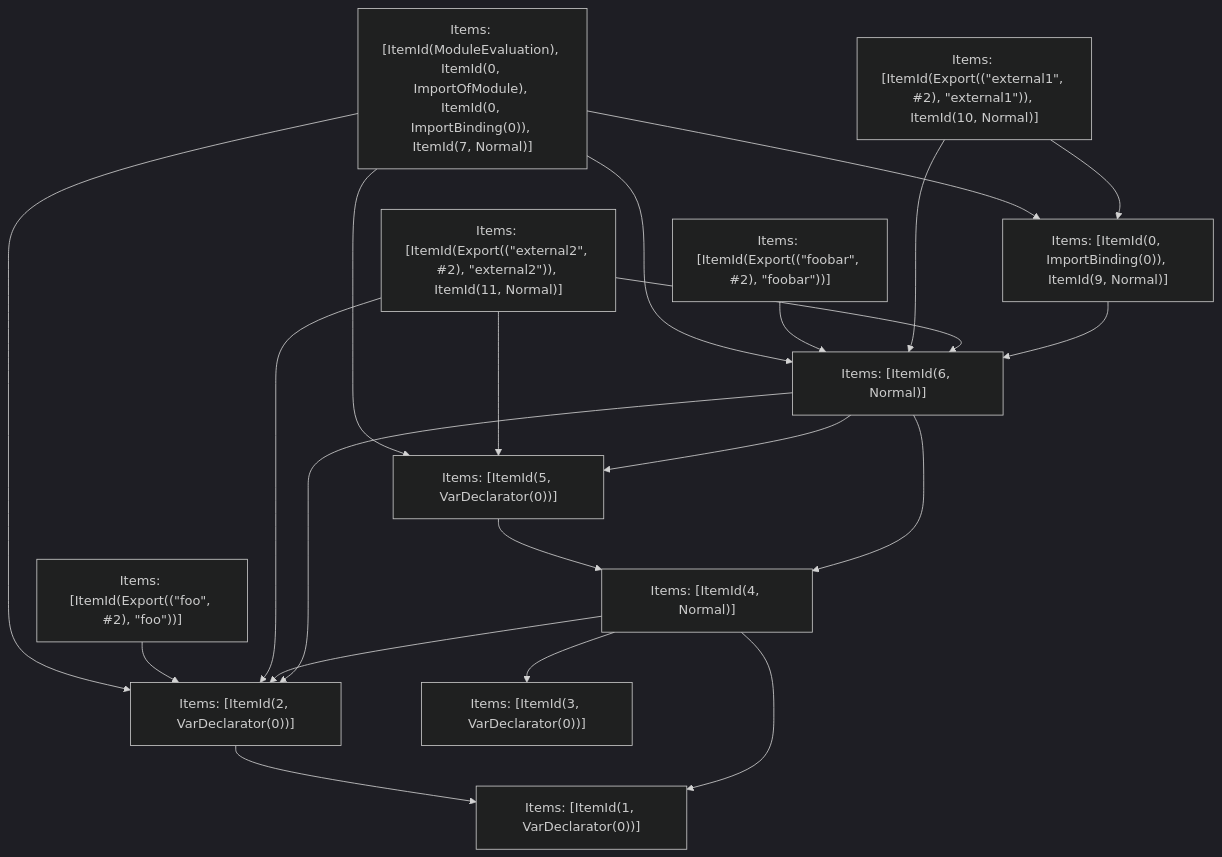
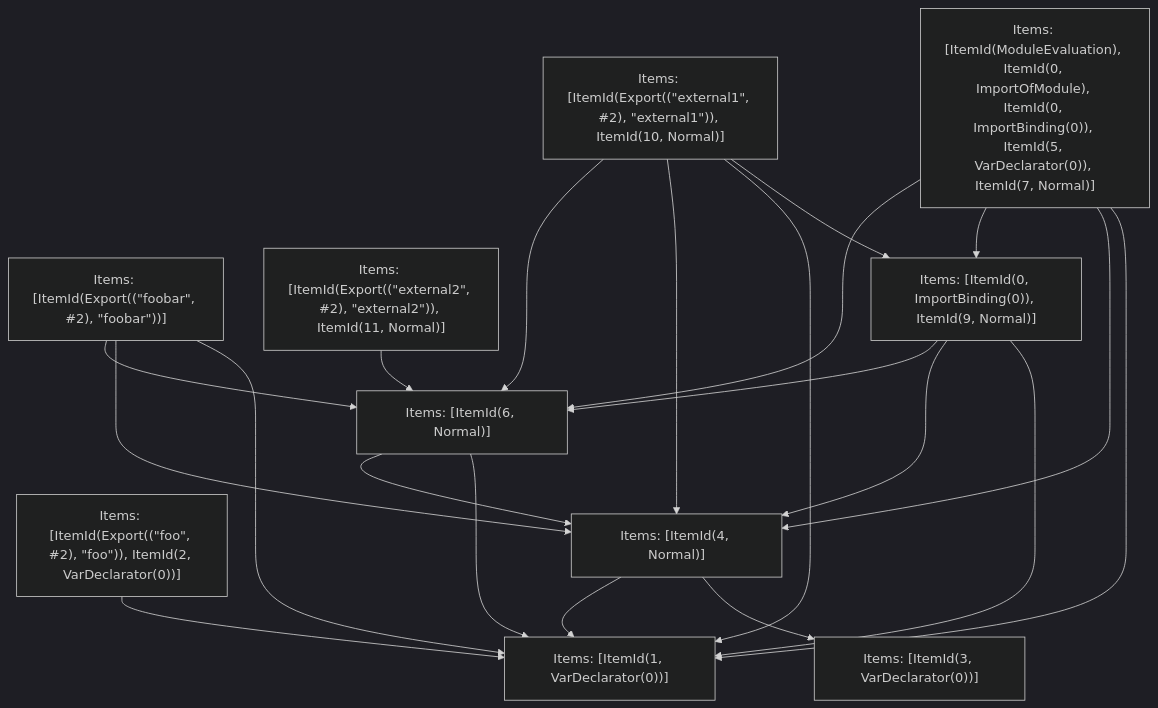
Before and after one commit to vercel/turborepo: the fifth of 5 diagrams in crates/turbopack-ecmascript/tests/tree-shaker/analyzer/1/output.md, drawn with Mermaid (dark theme). The commit also changed other lines of this file and 20 other files, not shown here.

````diff
--- a/crates/turbopack-ecmascript/tests/tree-shaker/analyzer/1/output.md
+++ b/crates/turbopack-ecmascript/tests/tree-shaker/analyzer/1/output.md
@@ -326,35 +344,33 @@
 ```mermaid
 graph TD
-    N0["Items: [ItemId(ModuleEvaluation), ItemId(0, ImportOfModule), ItemId(0, ImportBinding(0)), ItemId(7, Normal)]"];
+    N0["Items: [ItemId(ModuleEvaluation), ItemId(0, ImportOfModule), ItemId(0, ImportBinding(0)), ItemId(5, VarDeclarator(0)), ItemId(7, Normal)]"];
     N1["Items: [ItemId(Export((&quot;foobar&quot;, #2), &quot;foobar&quot;))]"];
-    N2["Items: [ItemId(Export((&quot;foo&quot;, #2), &quot;foo&quot;))]"];
+    N2["Items: [ItemId(Export((&quot;foo&quot;, #2), &quot;foo&quot;)), ItemId(2, VarDeclarator(0))]"];
     N3["Items: [ItemId(Export((&quot;external1&quot;, #2), &quot;external1&quot;)), ItemId(10, Normal)]"];
     N4["Items: [ItemId(Export((&quot;external2&quot;, #2), &quot;external2&quot;)), ItemId(11, Normal)]"];
     N5["Items: [ItemId(1, VarDeclarator(0))]"];
-    N6["Items: [ItemId(2, VarDeclarator(0))]"];
-    N7["Items: [ItemId(3, VarDeclarator(0))]"];
-    N8["Items: [ItemId(4, Normal)]"];
-    N9["Items: [ItemId(5, VarDeclarator(0))]"];
-    N10["Items: [ItemId(6, Normal)]"];
-    N11["Items: [ItemId(0, ImportBinding(0)), ItemId(9, Normal)]"];
+    N6["Items: [ItemId(3, VarDeclarator(0))]"];
+    N7["Items: [ItemId(4, Normal)]"];
+    N8["Items: [ItemId(6, Normal)]"];
+    N9["Items: [ItemId(0, ImportBinding(0)), ItemId(9, Normal)]"];
+    N0 --> N5;
+    N0 --> N7;
     N0 --> N9;
-    N0 --> N11;
-    N0 --> N10;
-    N0 --> N6;
-    N1 --> N10;
-    N2 --> N6;
-    N3 --> N11;
-    N3 --> N10;
-    N4 --> N6;
-    N4 --> N9;
-    N4 --> N10;
-    N6 --> N5;
+    N0 --> N8;
+    N1 --> N5;
+    N1 --> N7;
+    N1 --> N8;
+    N2 --> N5;
+    N3 --> N9;
+    N3 --> N5;
+    N3 --> N7;
+    N3 --> N8;
+    N4 --> N8;
+    N7 --> N6;
+    N7 --> N5;
+    N8 --> N5;
     N8 --> N7;
-    N8 --> N5;
-    N8 --> N6;
+    N9 --> N5;
+    N9 --> N7;
     N9 --> N8;
-    N10 --> N8;
-    N10 --> N6;
-    N10 --> N9;
-    N11 --> N10;
 ```
````
